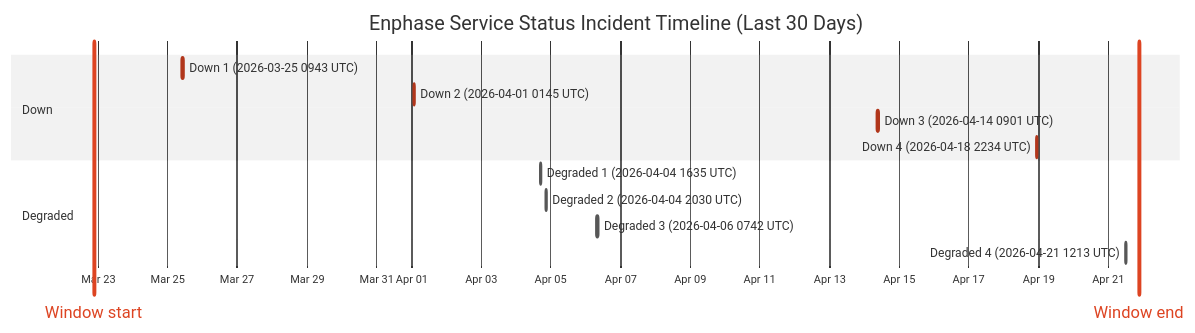
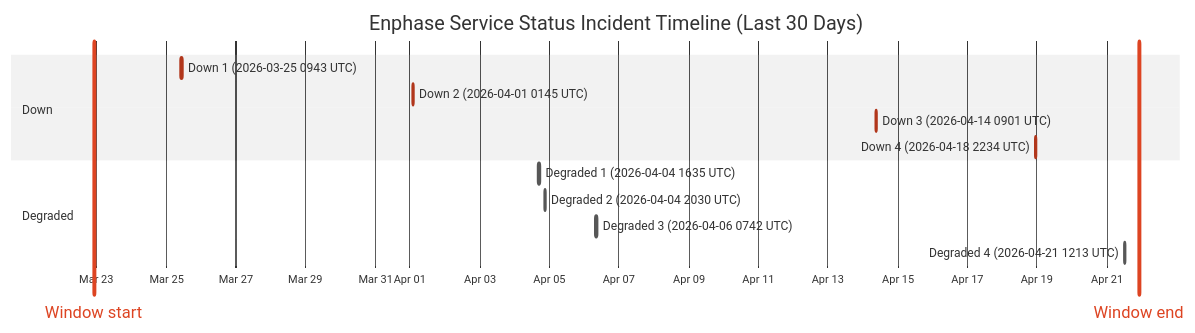
Before and after one commit to barneyonline/ha-enphase-ev-charger: the diagram in wiki/Service-Status-History.md, drawn with Mermaid (neutral theme). The commit also changed other lines of this file and 3 other files, not shown here.

````diff
--- a/wiki/Service-Status-History.md
+++ b/wiki/Service-Status-History.md
@@ -14,18 +14,18 @@
 ```mermaid
 gantt
     title Enphase Service Status Incident Timeline (Last 30 Days)
     dateFormat  YYYY-MM-DDTHH:mm:ss
     axisFormat  %b %d
-    Window start :vert, window-start, 2026-03-22T21:10:54, 0ms
-    Window end :vert, window-end, 2026-04-21T21:10:54, 0ms
+    Window start :vert, window-start, 2026-03-22T22:07:39, 0ms
+    Window end :vert, window-end, 2026-04-21T22:07:39, 0ms
     section Down
     Down 1 (2026-03-25 0943 UTC) :crit, down-1, 2026-03-25T09:43:28, 111m
     Down 2 (2026-04-01 0145 UTC) :crit, down-2, 2026-04-01T01:45:09, 60m
     Down 3 (2026-04-14 0901 UTC) :crit, down-3, 2026-04-14T09:01:13, 60m
     Down 4 (2026-04-18 2234 UTC) :crit, down-4, 2026-04-18T22:34:13, 60m
     section Degraded
     Degraded 1 (2026-04-04 1635 UTC) :active, degraded-1, 2026-04-04T16:35:17, 60m
     Degraded 2 (2026-04-04 2030 UTC) :active, degraded-2, 2026-04-04T20:30:40, 60m
     Degraded 3 (2026-04-06 0742 UTC) :active, degraded-3, 2026-04-06T07:42:09, 85m
     Degraded 4 (2026-04-21 1213 UTC) :active, degraded-4, 2026-04-21T12:13:11, 60m
 ```
````
